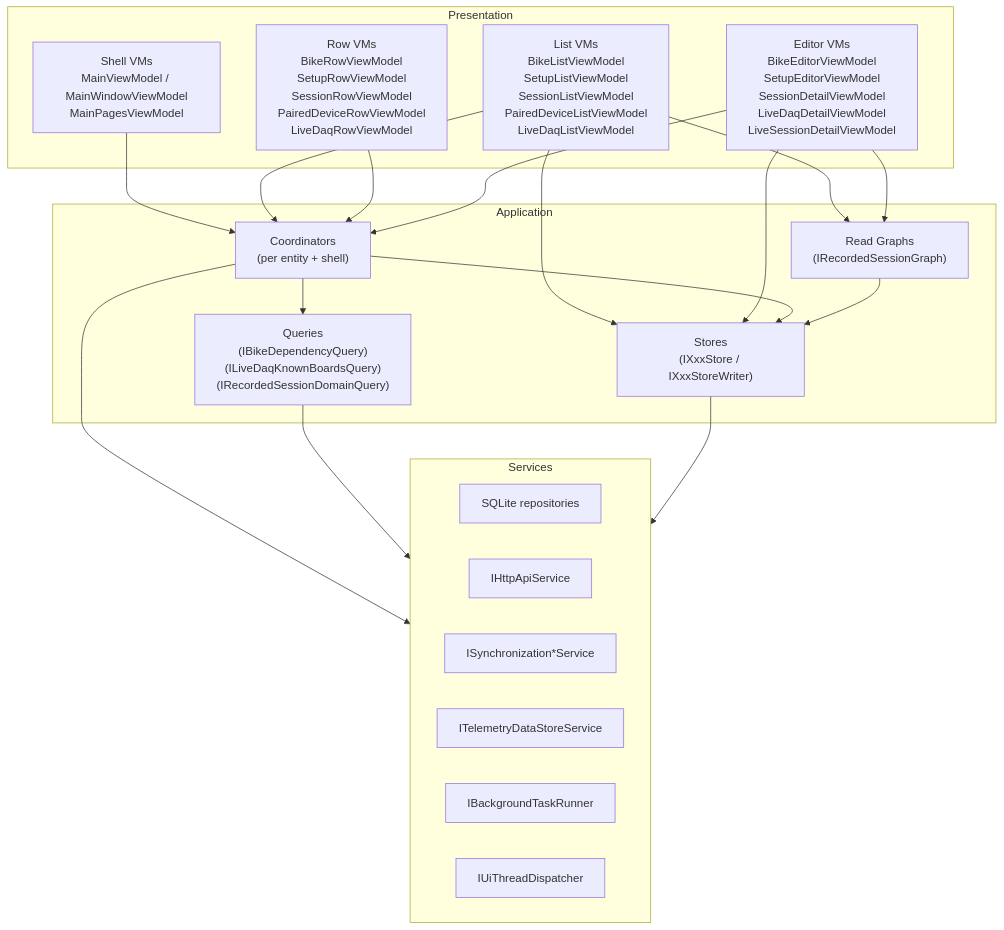
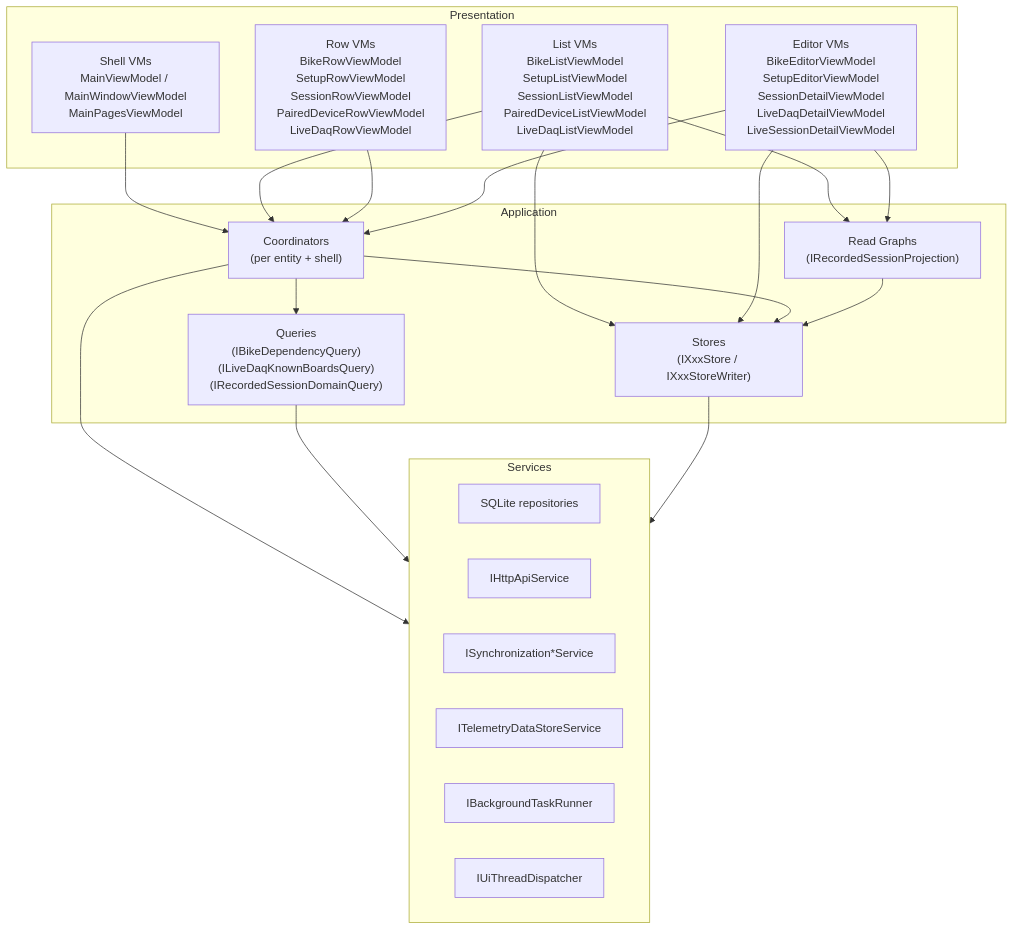
One commit to MoridinBG/Sufni.app changed the diagram in docs/architecture/ui.md. Above: the diagram before and after it, drawn with Mermaid. The commit also changed other lines of this file and 12 other files, not shown here.

````diff
--- a/docs/architecture/ui.md
+++ b/docs/architecture/ui.md
@@ -40,40 +40,40 @@
 ```mermaid
 graph TB
     subgraph Presentation["Presentation"]
         Shell["Shell VMs<br/>MainViewModel / MainWindowViewModel<br/>MainPagesViewModel"]
         Lists["List VMs<br/>BikeListViewModel<br/>SetupListViewModel<br/>SessionListViewModel<br/>PairedDeviceListViewModel<br/>LiveDaqListViewModel"]
         Rows["Row VMs<br/>BikeRowViewModel<br/>SetupRowViewModel<br/>SessionRowViewModel<br/>PairedDeviceRowViewModel<br/>LiveDaqRowViewModel"]
         Editors["Editor VMs<br/>BikeEditorViewModel<br/>SetupEditorViewModel<br/>SessionDetailViewModel<br/>LiveDaqDetailViewModel<br/>LiveSessionDetailViewModel"]
     end
 
     subgraph Application["Application"]
         Coords["Coordinators<br/>(per entity + shell)"]
         Stores["Stores<br/>(IXxxStore / IXxxStoreWriter)"]
-        Graphs["Read Graphs<br/>(IRecordedSessionGraph)"]
+        Graphs["Read Graphs<br/>(IRecordedSessionProjection)"]
         Queries["Queries<br/>(IBikeDependencyQuery)<br/>(ILiveDaqKnownBoardsQuery)<br/>(IRecordedSessionDomainQuery)"]
     end
 
     subgraph Services["Services"]
         DBSvc["SQLite repositories"]
         HttpSvc["IHttpApiService"]
         SyncSvc["ISynchronization*Service"]
         DSSSvc["ITelemetryDataStoreService"]
         BgSvc["IBackgroundTaskRunner"]
         UiSvc["IUiThreadDispatcher"]
     end
 
     Shell --> Coords
     Lists --> Stores
     Lists --> Graphs
     Lists --> Coords
     Rows --> Coords
     Editors --> Coords
     Editors --> Stores
     Editors --> Graphs
     Coords --> Stores
     Coords --> Queries
     Coords --> Services
     Graphs --> Stores
     Queries --> Services
     Stores --> Services
 ```
````
